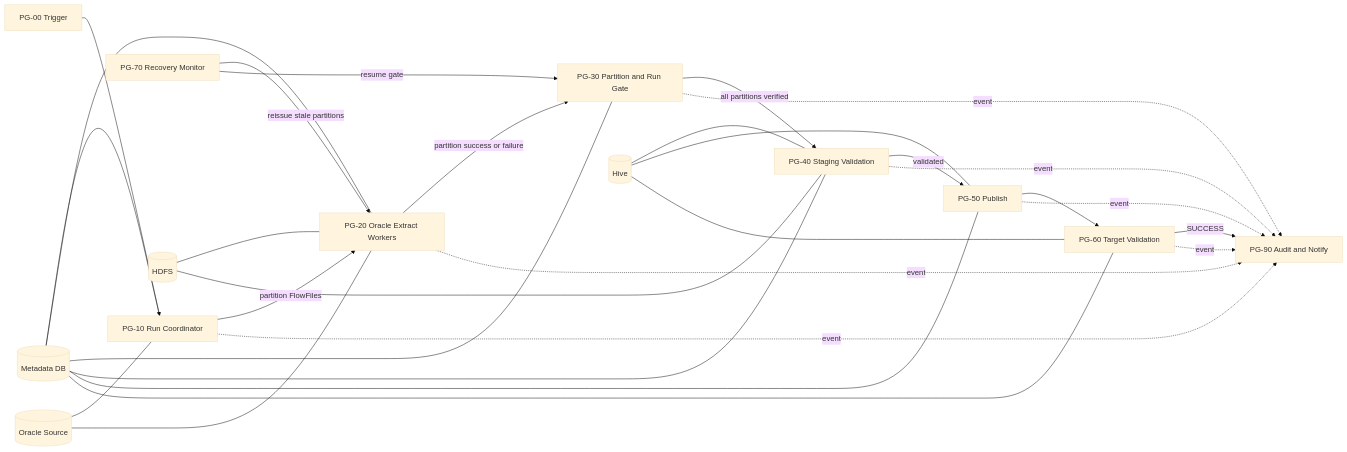
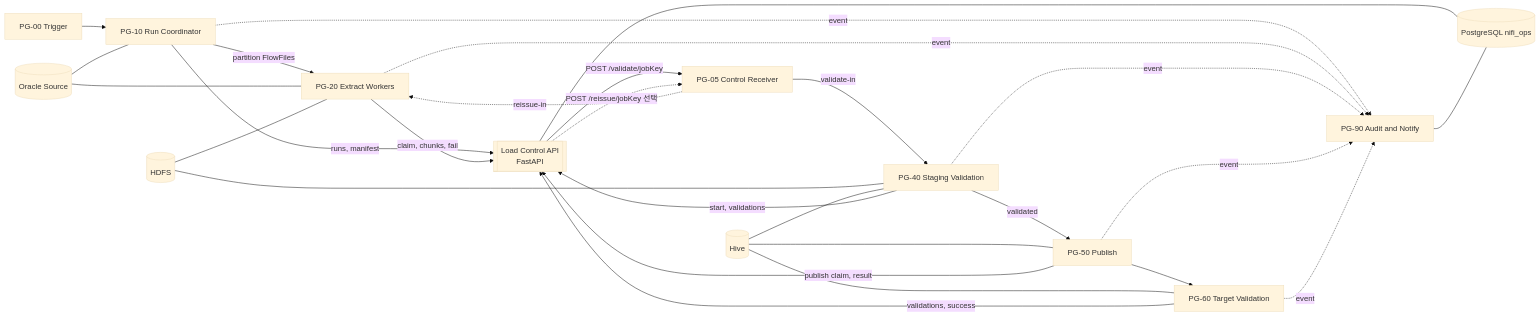
The third of 13 diagrams in nifi-sqoop-removal-guide.md (DataDynamics/nifi-sqoop-removal), drawn with Mermaid (base theme) before and after one commit. The commit also changed other lines of this file and 3 other files, not shown here.

First line of the commit message:
Load Control API(FastAPI) 기반 완료 판정으로 설계 전환

````diff
--- a/nifi-sqoop-removal-guide.md
+++ b/nifi-sqoop-removal-guide.md
@@ -194,34 +205,33 @@
 ```mermaid
 flowchart LR
     T[PG-00 Trigger] --> C[PG-10 Run Coordinator]
-    C -->|partition FlowFiles| W[PG-20 Oracle Extract Workers]
-    W -->|partition success or failure| G[PG-30 Partition and Run Gate]
-    G -->|all partitions verified| S[PG-40 Staging Validation]
+    C -->|partition FlowFiles| W[PG-20 Extract Workers]
+    API[[Load Control API<br/>FastAPI]] -->|POST /validate/jobKey| RC[PG-05 Control Receiver]
+    RC -->|validate-in| S[PG-40 Staging Validation]
     S -->|validated| P[PG-50 Publish]
     P --> V[PG-60 Target Validation]
-    V -->|SUCCESS| A[PG-90 Audit and Notify]
+    API -.->|POST /reissue/jobKey 선택| RC
+    RC -.->|reissue-in| W
 
-    C -. event .-> A
+    C -- runs, manifest --> API
+    W -- claim, chunks, fail --> API
+    S -- start, validations --> API
+    P -- publish claim, result --> API
+    V -- validations, success --> API
+    API --- M[(PostgreSQL nifi_ops)]
+
+    C -. event .-> A[PG-90 Audit and Notify]
     W -. event .-> A
-    G -. event .-> A
     S -. event .-> A
     P -. event .-> A
     V -. event .-> A
+    A --- M
 
-    R[PG-70 Recovery Monitor] -->|reissue stale partitions| W
-    R -->|resume gate| G
-
-    M[(Metadata DB)] --- C
-    M --- W
-    M --- G
-    M --- S
-    M --- P
-    M --- V
     O[(Oracle Source)] --- C
     O --- W
     H[(HDFS)] --- W
     H --- S
     Q[(Hive)] --- S
     Q --- P
     Q --- V
 ```
````
